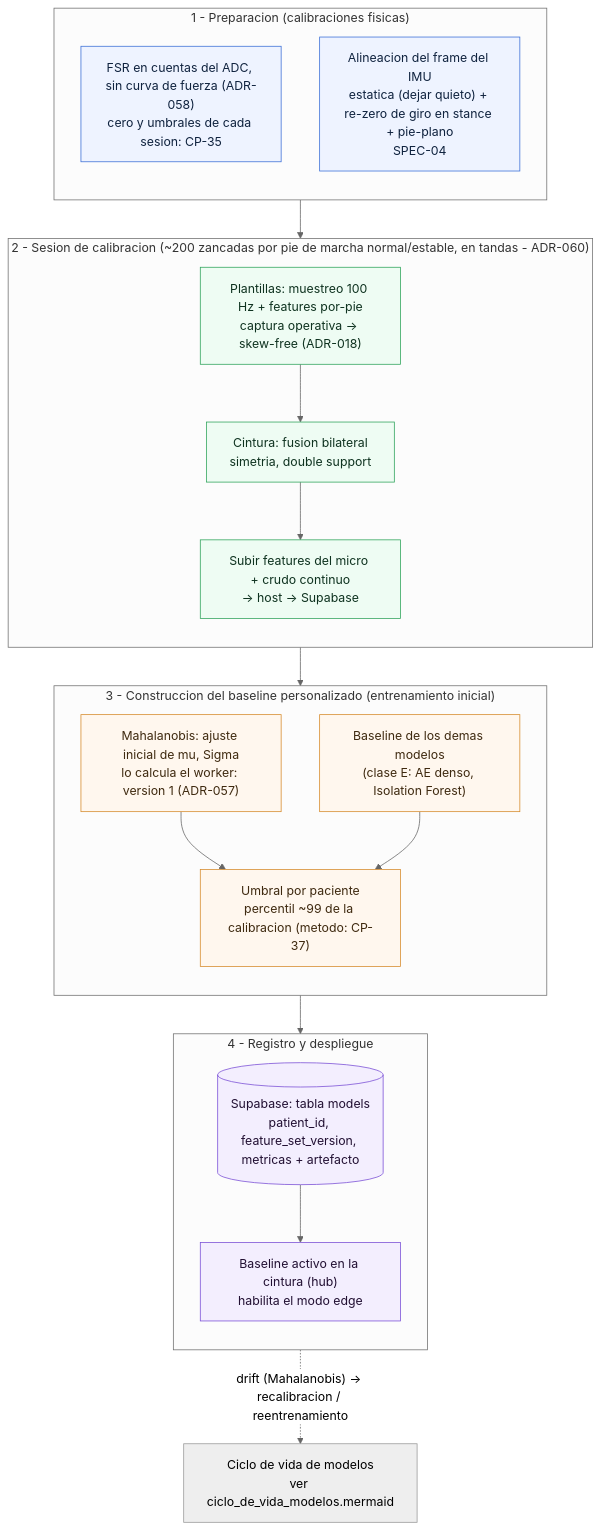
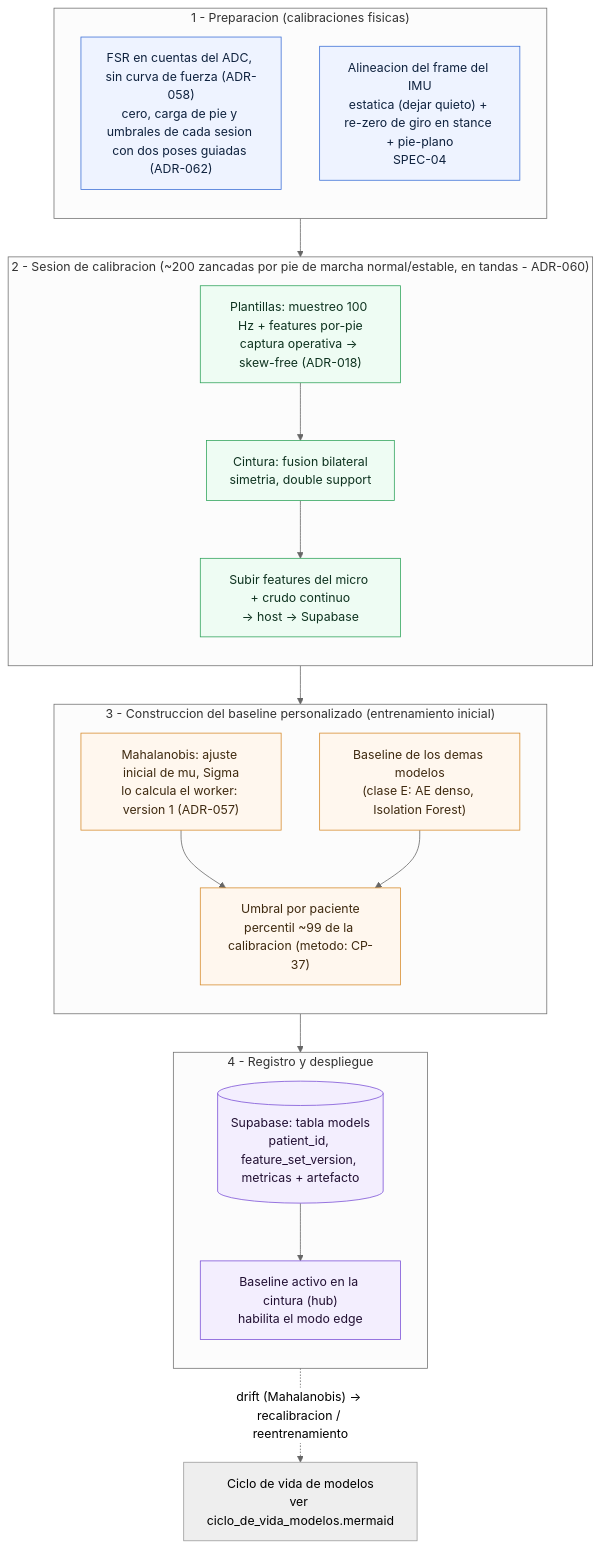
Before and after one commit to juanbag25/Tesis_Gramaglia_Azcueta: the diagram in docs/arquitectura/calibracion_baseline.mermaid, drawn with Mermaid (neutral theme). The commit also changed 7 other files, not shown here.

```diff
--- a/docs/arquitectura/calibracion_baseline.mermaid
+++ b/docs/arquitectura/calibracion_baseline.mermaid
@@ -1,47 +1,47 @@
 %% Calibracion / baseline por paciente: entrenamiento inicial personalizado (= captura operativa)
 %% Construye el modelo de normalidad (Mahalanobis mu/Sigma + baseline de los demas) y el umbral por paciente
 %% Ref: Vista 3 seccion 5 ; ADR-005 rev c (fases de captura) ; ADR-017/SPEC-04 (calibracion IMU) ; ADR-018 (skew-free)
 
 flowchart TB
 
     subgraph PREP["1 - Preparacion (calibraciones fisicas)"]
         direction TB
-        FSR["FSR en cuentas del ADC, sin curva de fuerza (ADR-058)<br/>cero y umbrales de cada sesion: CP-35"]
+        FSR["FSR en cuentas del ADC, sin curva de fuerza (ADR-058)<br/>cero, carga de pie y umbrales de cada sesion con dos poses guiadas (ADR-062)"]
         IMU["Alineacion del frame del IMU<br/>estatica (dejar quieto) + re-zero de giro en stance + pie-plano<br/>SPEC-04"]
     end
 
     subgraph SESION["2 - Sesion de calibracion (~200 zancadas por pie de marcha normal/estable, en tandas - ADR-060)"]
         direction TB
         MUE["Plantillas: muestreo 100 Hz + features por-pie<br/>captura operativa -> skew-free (ADR-018)"]
         FUS["Cintura: fusion bilateral<br/>simetria, double support"]
         SUB["Subir features del micro + crudo continuo<br/>-> host -> Supabase"]
         MUE --> FUS --> SUB
     end
 
     subgraph BASE["3 - Construccion del baseline personalizado (entrenamiento inicial)"]
         direction TB
         MAHA["Mahalanobis: ajuste inicial de mu, Sigma<br/>lo calcula el worker: version 1 (ADR-057)"]
         OTROS["Baseline de los demas modelos<br/>(clase E: AE denso, Isolation Forest)"]
         UMBR["Umbral por paciente<br/>percentil ~99 de la calibracion (metodo: CP-37)"]
         MAHA --> UMBR
         OTROS --> UMBR
     end
 
     subgraph REG["4 - Registro y despliegue"]
         direction TB
         DB[("Supabase: tabla models<br/>patient_id, feature_set_version, metricas + artefacto")]
         HUB["Baseline activo en la cintura (hub)<br/>habilita el modo edge"]
         DB --> HUB
     end
 
     PREP --> SESION --> BASE --> REG
     REG -.->|"drift (Mahalanobis) -> recalibracion / reentrenamiento"| RECAL["Ciclo de vida de modelos<br/>ver ciclo_de_vida_modelos.mermaid"]
 
     classDef prep fill:#eef3ff,stroke:#3b6fd6,stroke-width:1px,color:#10233f;
     classDef sesion fill:#eefcf3,stroke:#2fa35b,stroke-width:1px,color:#0f3320;
     classDef base fill:#fff7ee,stroke:#d68b2c,stroke-width:1px,color:#3f2a10;
     classDef reg fill:#f3eefe,stroke:#7a4fd6,stroke-width:1px,color:#221033;
     class FSR,IMU prep;
     class MUE,FUS,SUB sesion;
     class MAHA,OTROS,UMBR base;
     class DB,HUB reg;
```
